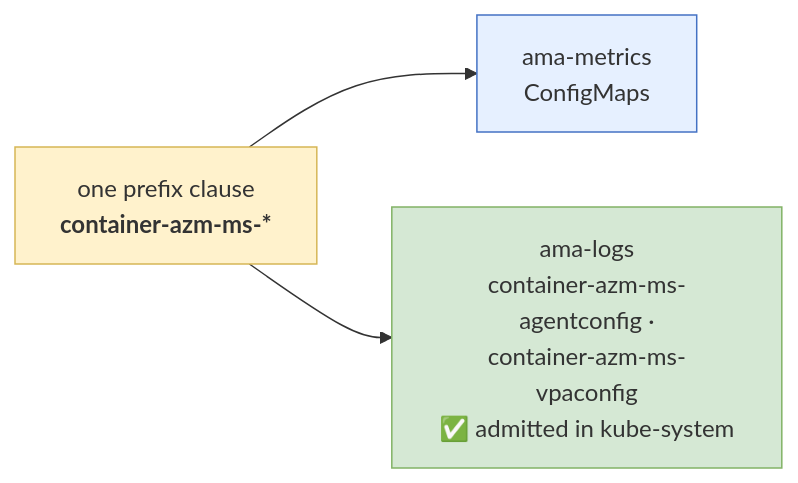
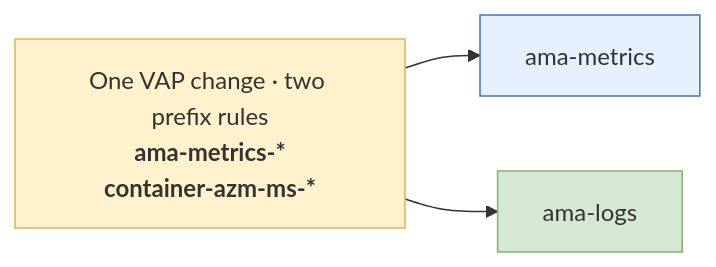
Before and after one commit to Azure/prometheus-collector: diagram 12 of 12 in custom-ns/doc/automatic-investigation/aks-vap-demo-diagrams.md, drawn with Mermaid. The commit also changed other lines of this file, not shown here.

First line of the commit message:
docs(custom-ns): tighten section 3 and bonus; simplify Part 3 dead-end diagram

````diff
--- a/custom-ns/doc/automatic-investigation/aks-vap-demo-diagrams.md
+++ b/custom-ns/doc/automatic-investigation/aks-vap-demo-diagrams.md
@@ -284,9 +276,9 @@
 ```mermaid
 flowchart LR
-    EX["one prefix clause<br/><b>container-azm-ms-*</b>"] --> M["ama-metrics<br/>ConfigMaps"]
-    EX --> L["ama-logs<br/>container-azm-ms-agentconfig ·<br/>container-azm-ms-vpaconfig<br/>✅ admitted in kube-system"]
+    EX["One VAP change · two prefix rules<br/><b>ama-metrics-*</b><br/><b>container-azm-ms-*</b>"] --> M["ama-metrics"]
+    EX --> L["ama-logs"]
 
     style EX fill:#fff2cc,stroke:#d6b656
     style M fill:#e6f0ff,stroke:#4472c4
     style L fill:#d5e8d4,stroke:#82b366
 ```
````
